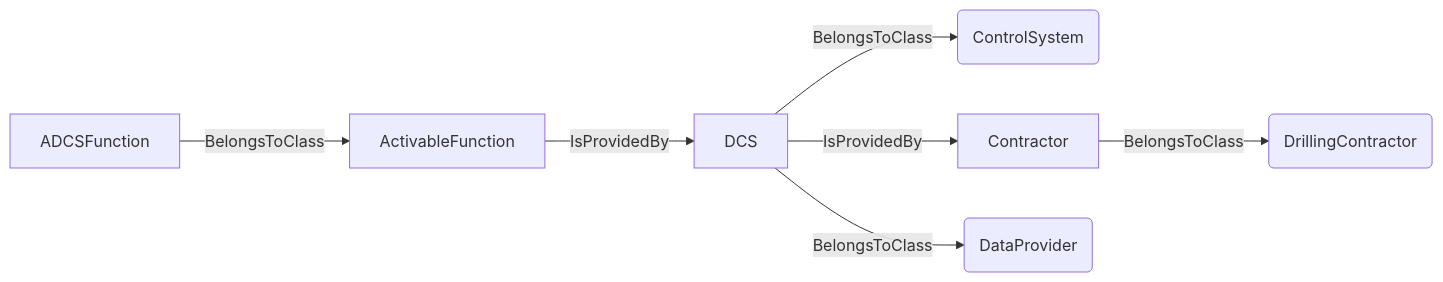
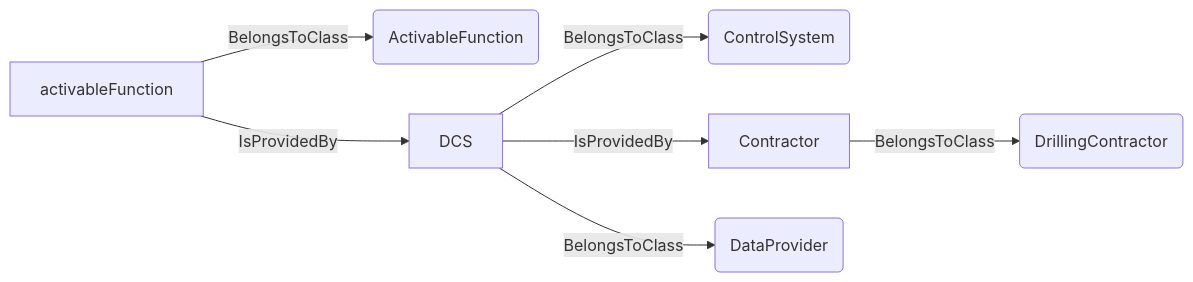
Before and after one commit to D-WIS/DDHub-Semantic-Interoperability: the third of 27 diagrams in docs/vocabulary_development/auto-generated/md/definition-files/ADCS.md, drawn with Mermaid. The commit also changed other lines of this file and 7 other files, not shown here.

````diff
--- a/docs/vocabulary_development/auto-generated/md/definition-files/ADCS.md
+++ b/docs/vocabulary_development/auto-generated/md/definition-files/ADCS.md
@@ -35,9 +84,9 @@
 ```mermaid
 graph LR
-	N0000[ADCSFunction] -->|BelongsToClass| N0001(ActivableFunction) 
+	N0000[activableFunction] -->|BelongsToClass| N0001(ActivableFunction) 
 	N0002[DCS] -->|BelongsToClass| N0003(ControlSystem) 
 	N0004[Contractor] -->|BelongsToClass| N0005(DrillingContractor) 
 	N0002[DCS] -->|IsProvidedBy| N0004[Contractor] 
 	N0002[DCS] -->|BelongsToClass| N0006(DataProvider) 
-	N0001[ActivableFunction] -->|IsProvidedBy| N0002[DCS] 
+	N0000[activableFunction] -->|IsProvidedBy| N0002[DCS] 
 ```
````
